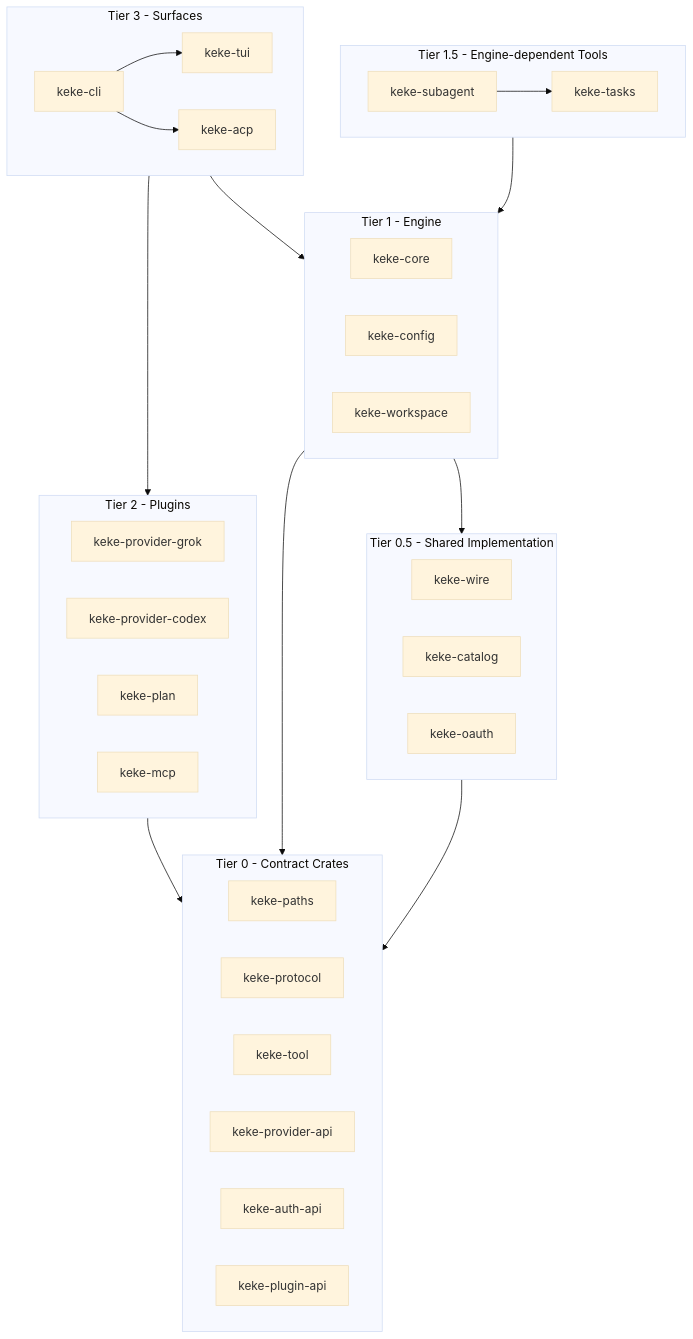
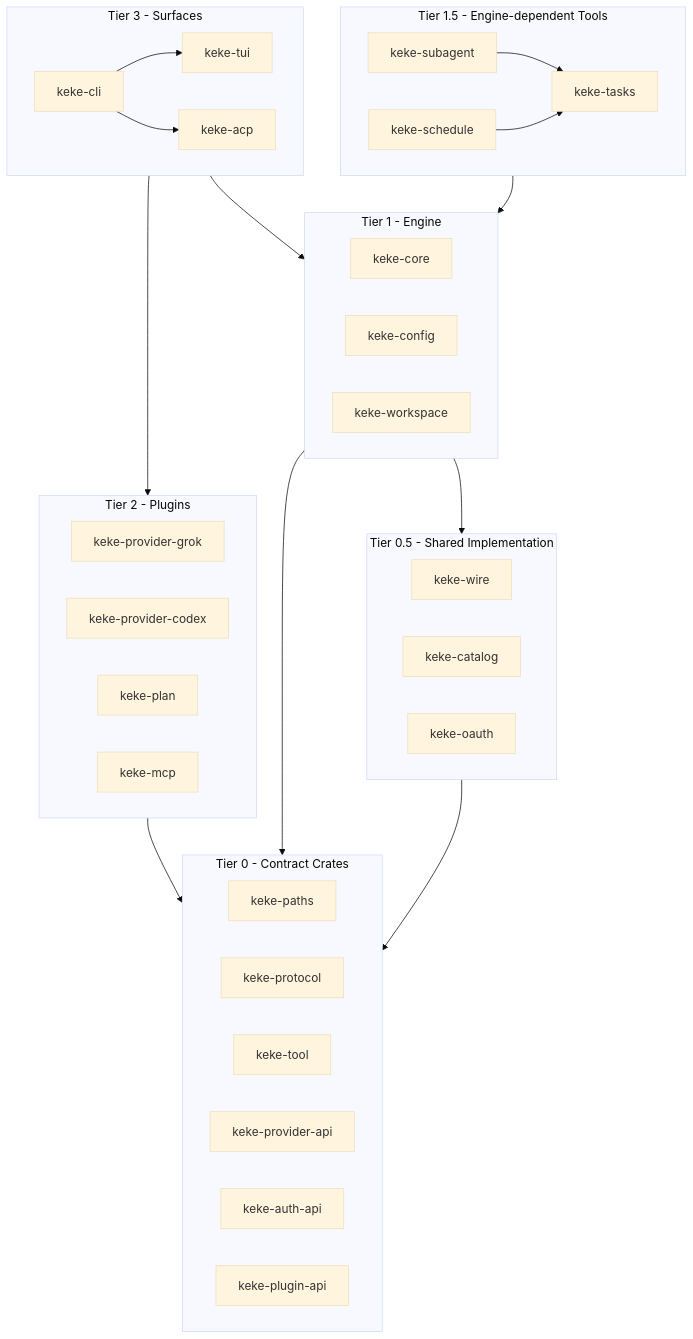
The diagram in docs/architecture.md (milisp/keke-agent), drawn with Mermaid (base theme) before and after one commit. The commit also changed other lines of this file and 17 other files, not shown here.

````diff
--- a/docs/architecture.md
+++ b/docs/architecture.md
@@ -46,47 +46,48 @@
 ```mermaid
 graph TD
     subgraph Tier3["Tier 3 - Surfaces"]
         keke-cli --> keke-tui
         keke-cli --> keke-acp
     end
 
     subgraph Tier2["Tier 2 - Plugins"]
         keke-provider-grok
         keke-provider-codex
         keke-plan
         keke-mcp
     end
 
     subgraph Tier1_5["Tier 1.5 - Engine-dependent Tools"]
         keke-subagent --> keke-tasks
+        keke-schedule --> keke-tasks
     end
 
     subgraph Tier1["Tier 1 - Engine"]
         keke-core
         keke-config
         keke-workspace
     end
 
     subgraph Tier0_5["Tier 0.5 - Shared Implementation"]
         keke-wire
         keke-catalog
         keke-oauth
     end
 
     subgraph Tier0["Tier 0 - Contract Crates"]
         keke-paths
         keke-protocol
         keke-tool
         keke-provider-api
         keke-auth-api
         keke-plugin-api
     end
 
     Tier3 --> Tier2
     Tier3 --> Tier1
     Tier2 --> Tier0
     Tier1_5 --> Tier1
     Tier1 --> Tier0_5
     Tier1 --> Tier0
     Tier0_5 --> Tier0
 ```
````
